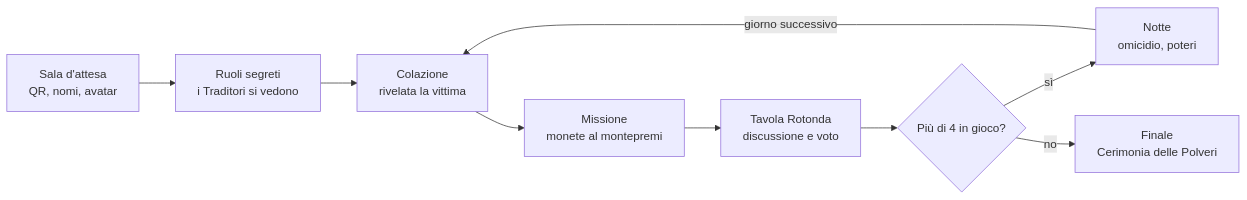
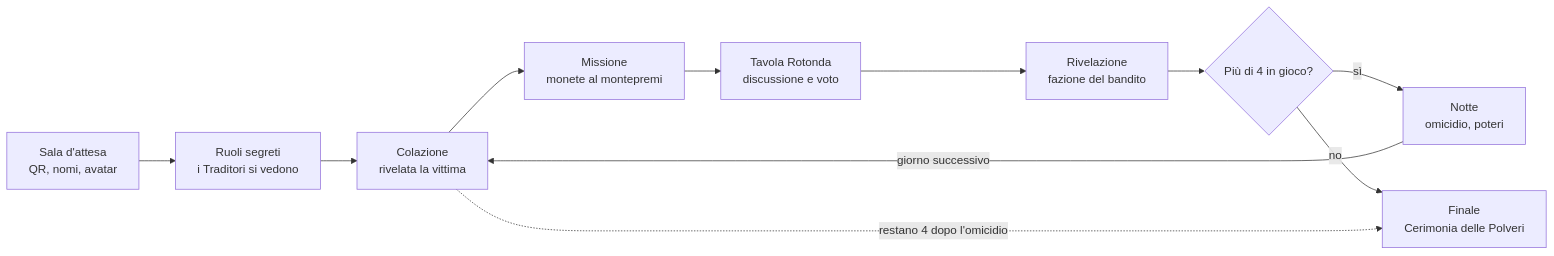
One commit to pieromancusoam-bit/castello-traditori changed the second of 2 diagrams in docs/PROGETTO.md. Above: the diagram before and after it, drawn with Mermaid. The commit also changed other lines of this file and 2 other files, not shown here.

````diff
--- a/docs/PROGETTO.md
+++ b/docs/PROGETTO.md
@@ -97,11 +98,13 @@
 ```mermaid
 flowchart LR
     A[Sala d'attesa<br/>QR, nomi, avatar] --> B[Ruoli segreti<br/>i Traditori si vedono]
     B --> C[Colazione<br/>rivelata la vittima]
     C --> D[Missione<br/>monete al montepremi]
     D --> E[Tavola Rotonda<br/>discussione e voto]
-    E --> F{Più di 4 in gioco?}
+    E --> R[Rivelazione<br/>fazione del bandito]
+    R --> F{Più di 4 in gioco?}
     F -- sì --> G[Notte<br/>omicidio, poteri]
     G -- giorno successivo --> C
     F -- no --> H[Finale<br/>Cerimonia delle Polveri]
+    C -. restano 4 dopo l'omicidio .-> H
 ```
````
